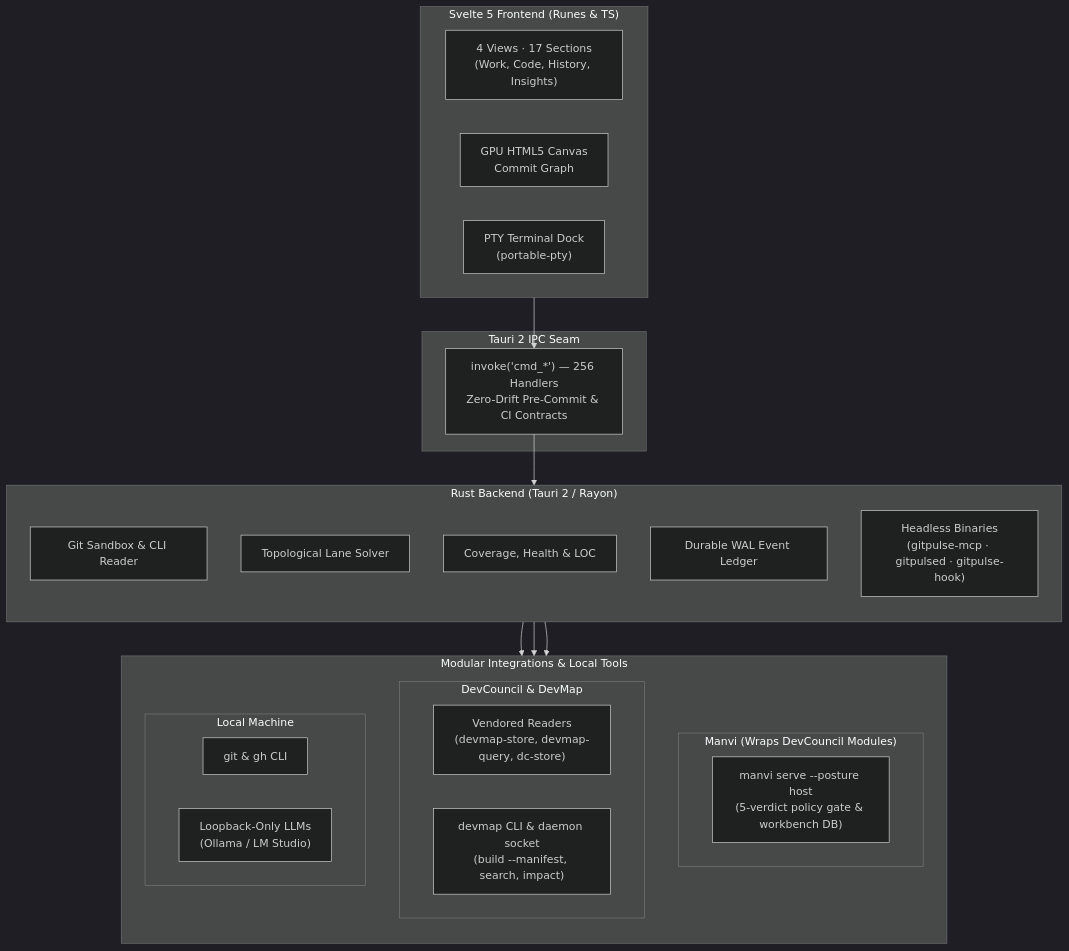
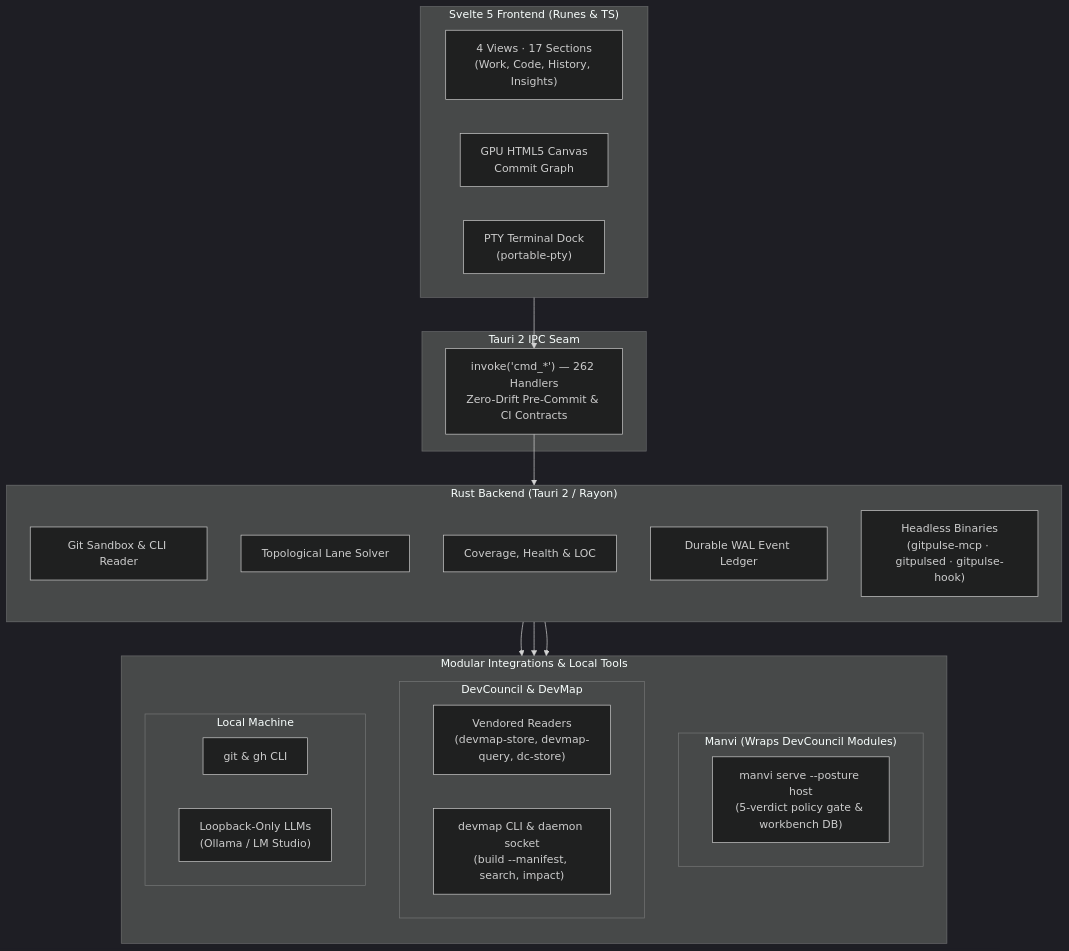
One commit to bharathvbcr/GitPulse changed the diagram in README.md. Above: the diagram before and after it, drawn with Mermaid (dark theme). The commit also changed 35 other files, not shown here.

````diff
--- a/README.md
+++ b/README.md
@@ -116,43 +116,43 @@
 ```mermaid
 flowchart TB
     subgraph Frontend["Svelte 5 Frontend (Runes & TS)"]
         direction LR
         Views["4 Views · 17 Sections<br/>(Work, Code, History, Insights)"]
         Canvas["GPU HTML5 Canvas<br/>Commit Graph"]
         TerminalDock["PTY Terminal Dock<br/>(portable-pty)"]
     end
 
     subgraph IPC["Tauri 2 IPC Seam"]
-        Bridge["invoke('cmd_*') — 256 Handlers<br/>Zero-Drift Pre-Commit & CI Contracts"]
+        Bridge["invoke('cmd_*') — 262 Handlers<br/>Zero-Drift Pre-Commit & CI Contracts"]
     end
 
     subgraph Backend["Rust Backend (Tauri 2 / Rayon)"]
         direction TB
         GitEngine["Git Sandbox & CLI Reader"]
         LaneSolver["Topological Lane Solver"]
         Analyzers["Coverage, Health & LOC"]
         Ledger["Durable WAL Event Ledger"]
         Headless["Headless Binaries<br/>(gitpulse-mcp · gitpulsed · gitpulse-hook)"]
     end
 
     subgraph Integrations["Modular Integrations & Local Tools"]
         direction TB
         subgraph ManviWrap["Manvi (Wraps DevCouncil Modules)"]
             ManviSidecar["manvi serve --posture host<br/>(5-verdict policy gate & workbench DB)"]
         end
         subgraph DevCouncilMods["DevCouncil & DevMap"]
             Vendored["Vendored Readers<br/>(devmap-store, devmap-query, dc-store)"]
             DevMapCLI["devmap CLI & daemon socket<br/>(build --manifest, search, impact)"]
         end
         subgraph LocalTools["Local Machine"]
             CLI["git & gh CLI"]
             LocalLLM["Loopback-Only LLMs<br/>(Ollama / LM Studio)"]
         end
     end
 
     Frontend --> Bridge
     Bridge --> Backend
     Backend --> ManviWrap
     Backend --> DevCouncilMods
     Backend --> LocalTools
 ```
````
